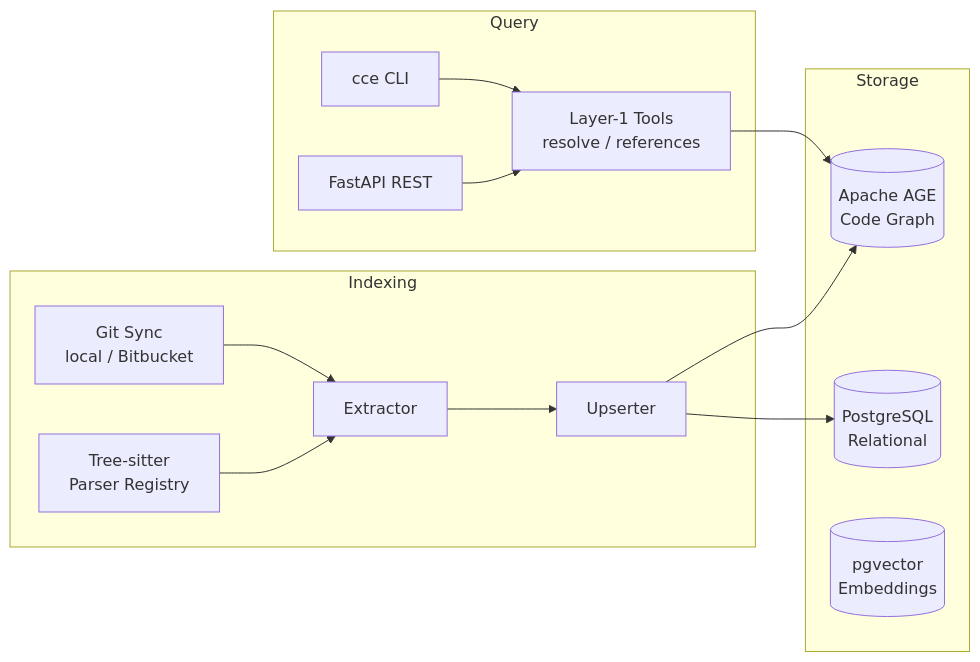
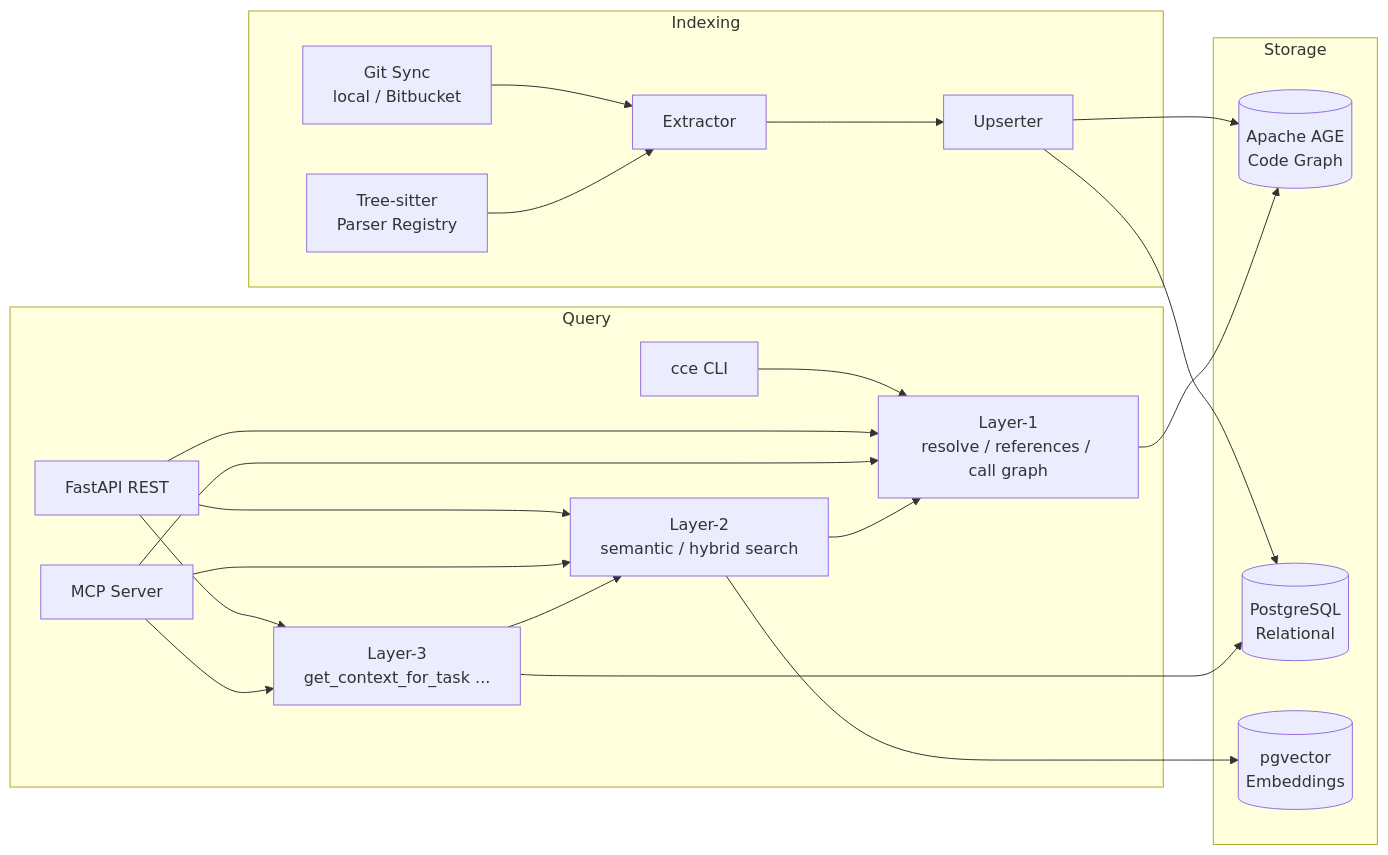
One commit to bgts-ai-org/bgts-context-engine changed the diagram in README.md. Above: the diagram before and after it, drawn with Mermaid. The commit also changed other lines of this file and 50 other files, not shown here.

First line of the commit message:
feat: add Layer 3 context assembly and the MCP server

````diff
--- a/README.md
+++ b/README.md
@@ -39,29 +45,40 @@
 ```mermaid
 flowchart LR
     subgraph Indexing
         Git[Git Sync\nlocal / Bitbucket]
         Parser[Tree-sitter\nParser Registry]
         Extractor[Extractor]
         Upserter[Upserter]
         Git --> Extractor
         Parser --> Extractor
         Extractor --> Upserter
     end
 
     subgraph Storage
         AGE[(Apache AGE\nCode Graph)]
         SQL[(PostgreSQL\nRelational)]
         Vec[(pgvector\nEmbeddings)]
         Upserter --> AGE
         Upserter --> SQL
     end
 
     subgraph Query
         CLI[cce CLI]
         API[FastAPI REST]
-        L1[Layer-1 Tools\nresolve / references]
+        MCP[MCP Server]
+        L3[Layer-3\nget_context_for_task ...]
+        L2[Layer-2\nsemantic / hybrid search]
+        L1[Layer-1\nresolve / references / call graph]
         CLI --> L1
         API --> L1
+        API --> L2
+        API --> L3
+        MCP --> L1
+        MCP --> L2
+        MCP --> L3
+        L3 --> L2 --> L1
         L1 --> AGE
+        L2 --> Vec
+        L3 --> SQL
     end
 ```
````
